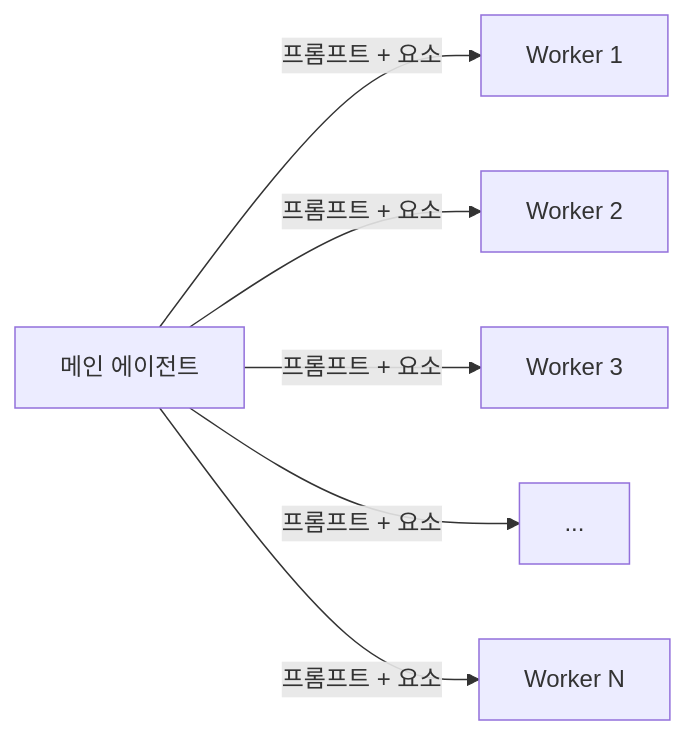
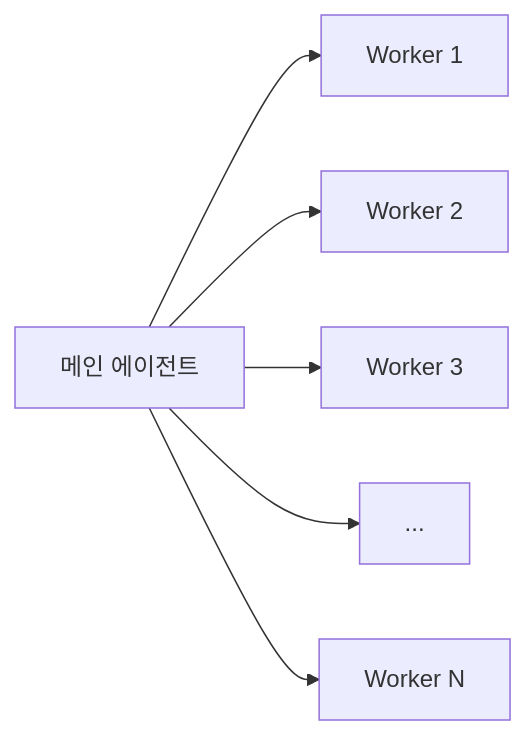
Before and after one commit to bborok1234/mirlim.blog: the first of 2 diagrams in src/content/blog/fan-in-context-budget.md, drawn with Mermaid. The commit also changed 4 other files, not shown here.

First line of the commit message:
style: mermaid 다이어그램 전면 개선

````diff
--- a/src/content/blog/fan-in-context-budget.md
+++ b/src/content/blog/fan-in-context-budget.md
@@ -40,8 +40,8 @@
 ```mermaid
 graph LR
-  O[메인 에이전트] -->|프롬프트 + 요소| W1[Worker 1]
-  O -->|프롬프트 + 요소| W2[Worker 2]
-  O -->|프롬프트 + 요소| W3[Worker 3]
-  O -->|프롬프트 + 요소| W4[...]
-  O -->|프롬프트 + 요소| WN[Worker N]
+  O["메인 에이전트"] --> W1["Worker 1"]
+  O --> W2["Worker 2"]
+  O --> W3["Worker 3"]
+  O --> W4["..."]
+  O --> WN["Worker N"]
 ```
````
